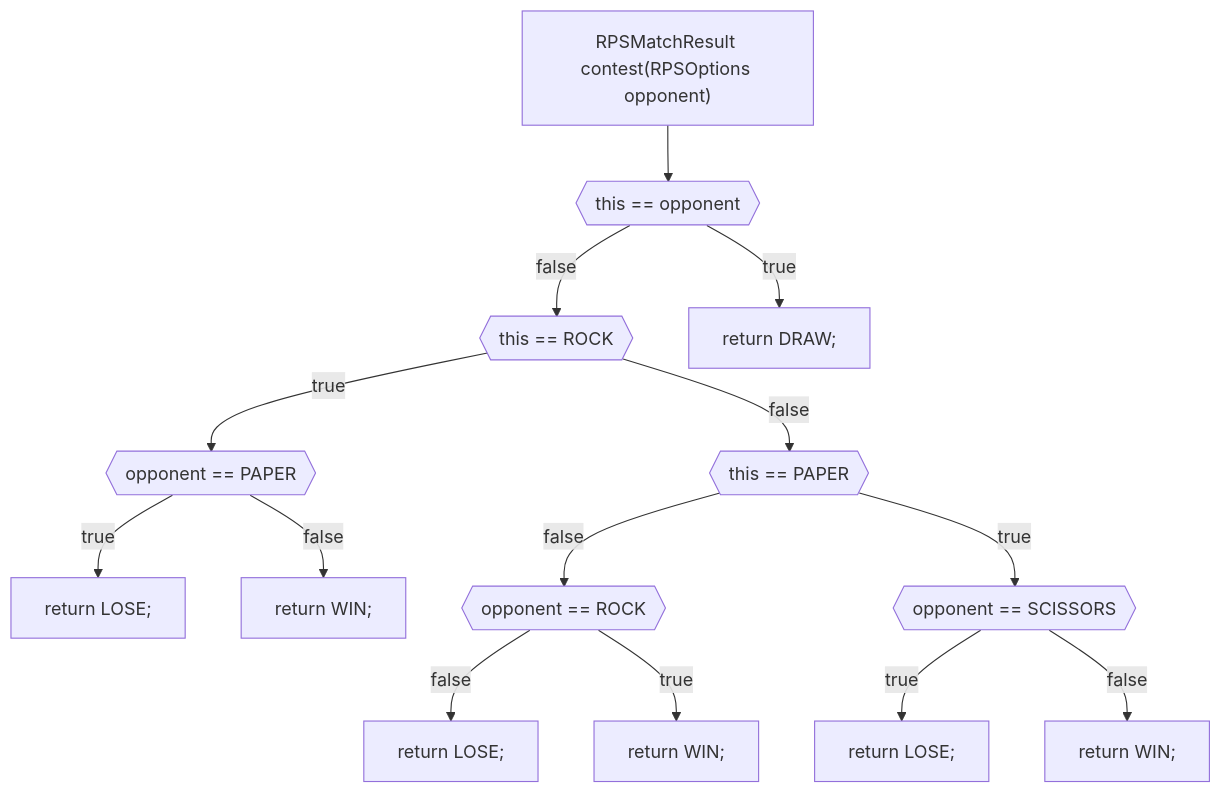
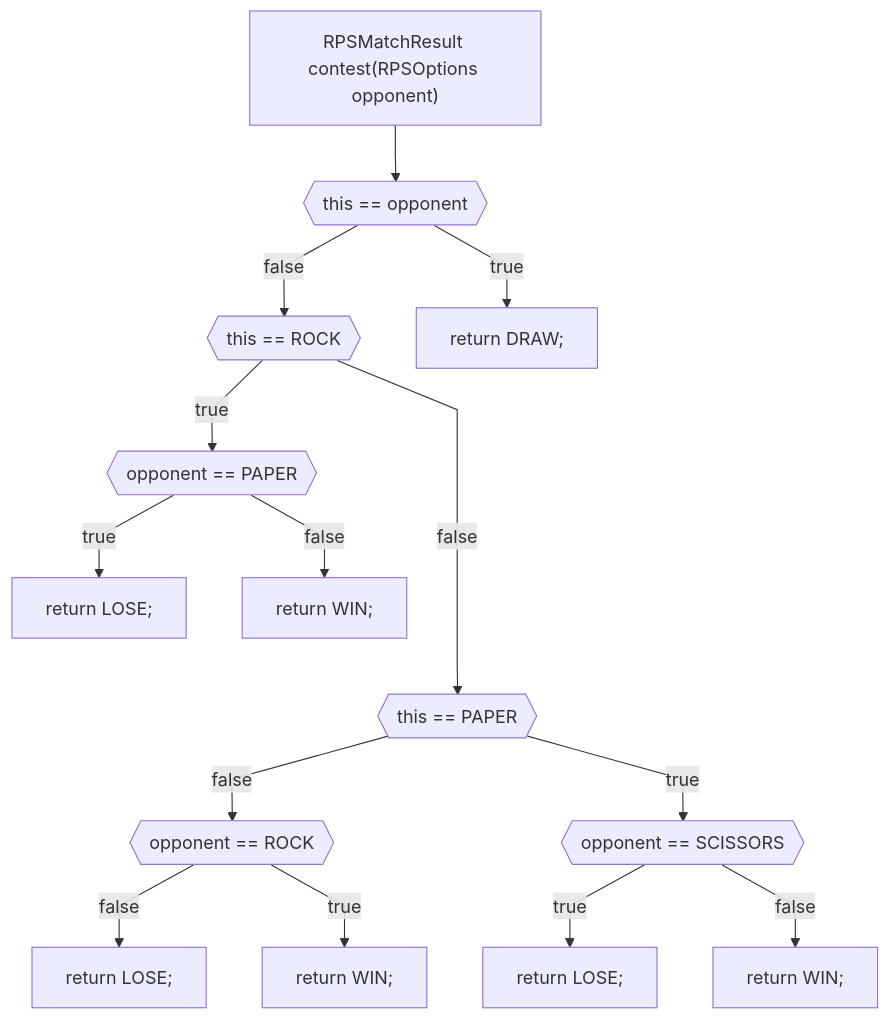
The second of 3 diagrams in README.md (JorritScholten/PlayersGuide), drawn with Mermaid before and after one commit. The commit also changed other lines of this file and 1 other file, not shown here.

Commit message:
updated formatting in README.md

````diff
--- a/README.md
+++ b/README.md
@@ -32,16 +32,17 @@
 ```mermaid
+%%{init: { "flowchart": { "curve": "linear" } } }%%
 flowchart TD
     a["RPSMatchResult contest(RPSOptions opponent)"] --> b
     b{{"this == opponent"}} -->|false| d
     b -->|true| c["return DRAW;"]
-    d{{"this == ROCK"}} -->|false| h
+    d{{"this == ROCK"}} ---->|false| h
     d -->|true| e{{"opponent == PAPER"}}
     e -->|true| f["return LOSE;"]
     e -->|false| g["return WIN;"]
     h{{"this == PAPER"}} -->|false| l
     h -->|true| i{{"opponent == SCISSORS"}}
     i -->|true| j["return LOSE;"]
     i -->|false| k["return WIN;"]
     l{{opponent == ROCK}} -->|false| m["return LOSE;"]
     l -->|true| n["return WIN;"]
 ```
````
